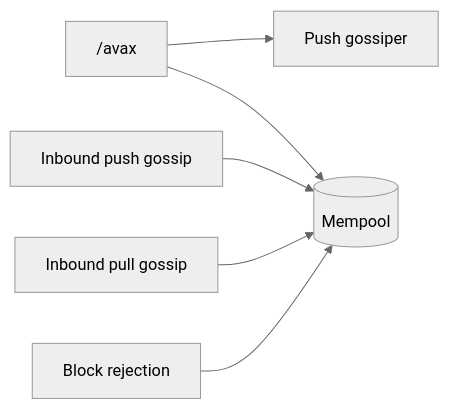
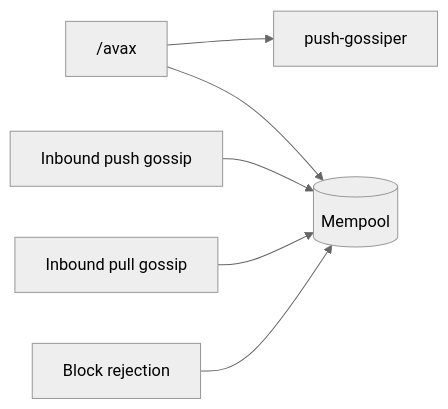
One commit to ava-labs/avalanchego changed the third of 3 diagrams in vms/saevm/cchain/README.md. Above: the diagram before and after it, drawn with Mermaid (neutral theme). The commit also changed other lines of this file, not shown here.

````diff
--- a/vms/saevm/cchain/README.md
+++ b/vms/saevm/cchain/README.md
@@ -109,15 +113,15 @@
 ```mermaid
 flowchart LR
     rpc["/avax"]
-    pushgossip["Push gossiper"]
+    pushgossip["push-gossiper"]
     push["Inbound push gossip"]
     pull["Inbound pull gossip"]
     rej["Block rejection"]
     mempool[("Mempool")]
 
     rpc --> pushgossip
     rpc --> mempool
     push --> mempool
     pull --> mempool
     rej --> mempool
 ```
````
